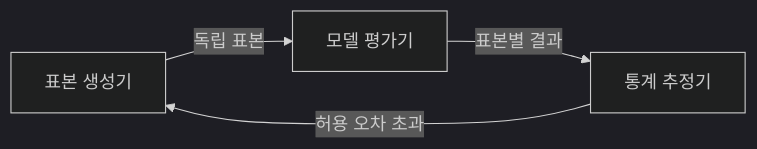
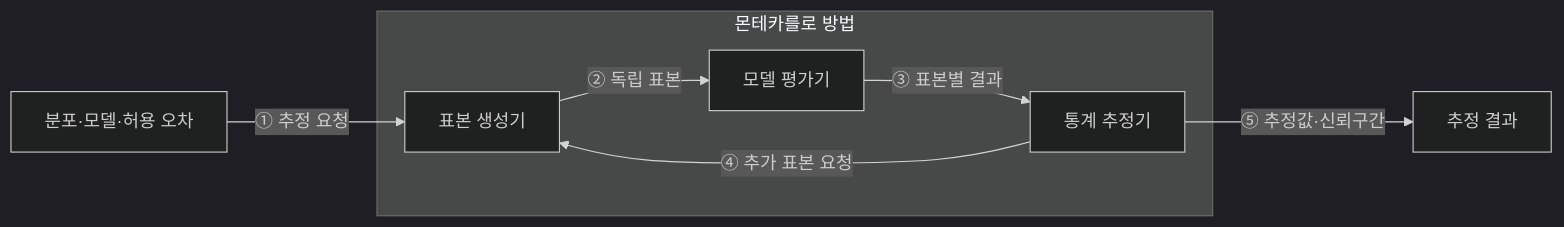
Before and after one commit to agnusdei1207/knowledge-base: the diagram in src/content/docs/notes/01-basic-theory/017_monte_carlo.md, drawn with Mermaid (dark theme). The commit also changed other lines of this file and 6 other files, not shown here.

````diff
--- a/src/content/docs/notes/01-basic-theory/017_monte_carlo.md
+++ b/src/content/docs/notes/01-basic-theory/017_monte_carlo.md
@@ -76,6 +68,10 @@
 ```mermaid
 flowchart LR
-    G["표본 생성기"] -->|독립 표본| M["모델 평가기"]
-    M -->|표본별 결과| E["통계 추정기"]
-    E -->|허용 오차 초과| G
+    Q[분포·모델·허용 오차] -->|① 추정 요청| G
+    subgraph MC[몬테카를로 방법]
+        G[표본 생성기] -->|② 독립 표본| M[모델 평가기]
+        M -->|③ 표본별 결과| E[통계 추정기]
+        E -->|④ 추가 표본 요청| G
+    end
+    E -->|⑤ 추정값·신뢰구간| O[추정 결과]
 ```
````
